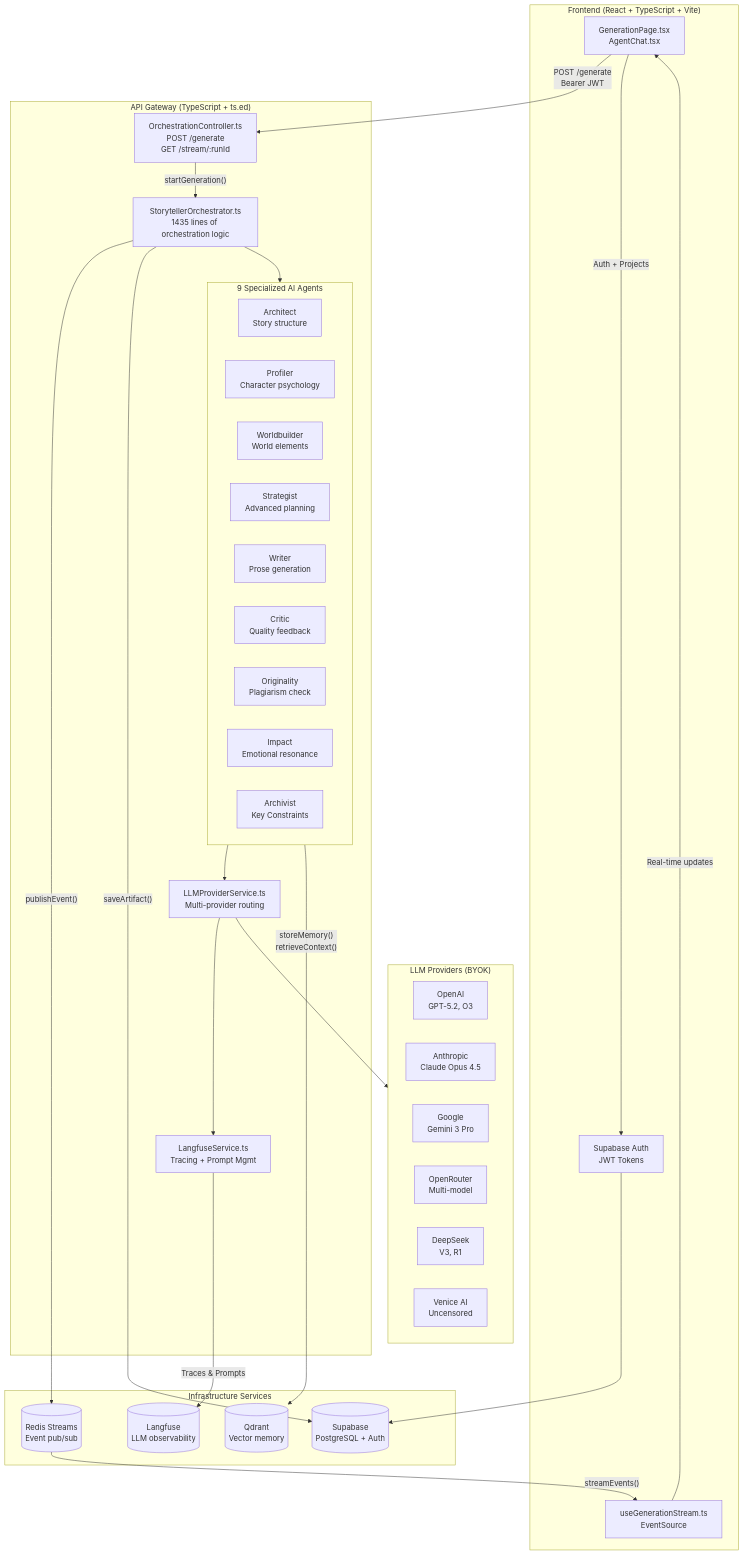
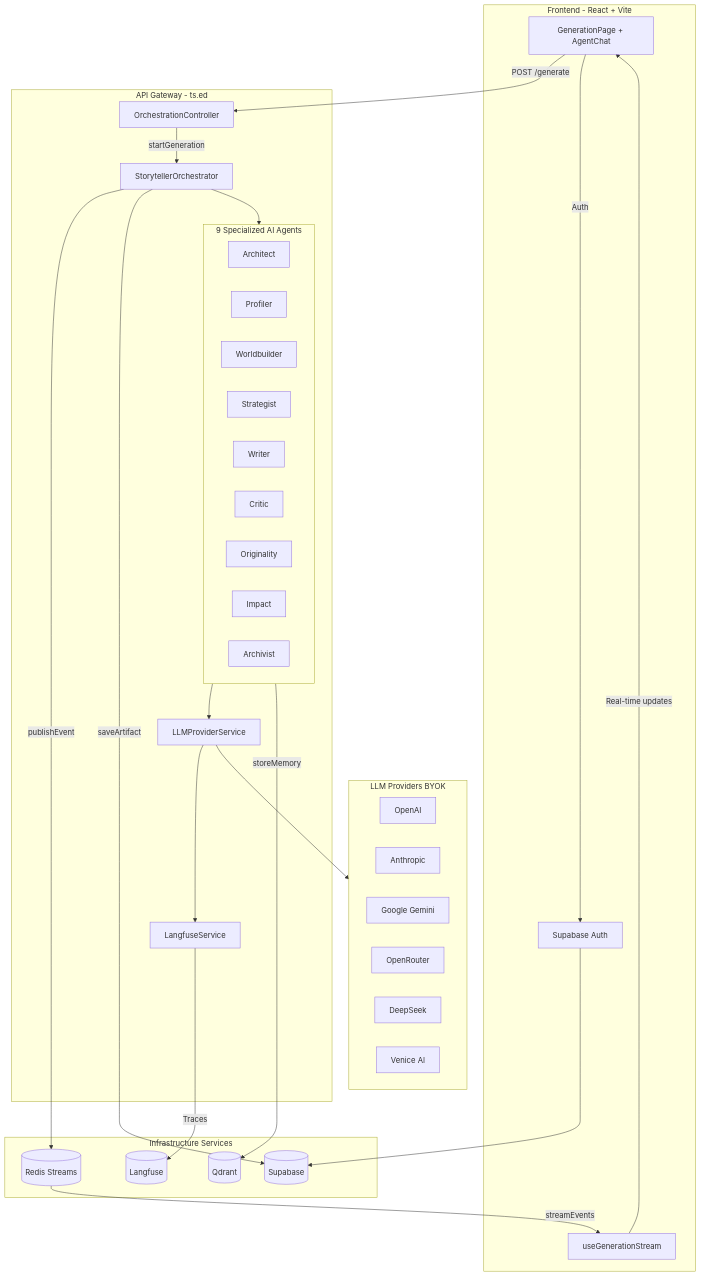
One commit to IShalkin/manoe changed the first of 9 diagrams in README.md. Above: the diagram before and after it, drawn with Mermaid. The commit also changed other lines of this file, not shown here.

First line of the commit message:
fix: Remove HTML br tags from Mermaid diagrams for GitHub compatibility

````diff
--- a/README.md
+++ b/README.md
@@ -16,61 +16,61 @@
 ```mermaid
 flowchart TB
-    subgraph Client["Frontend (React + TypeScript + Vite)"]
-        UI["GenerationPage.tsx<br/>AgentChat.tsx"]
-        SSE["useGenerationStream.ts<br/>EventSource"]
-        Supabase_Auth["Supabase Auth<br/>JWT Tokens"]
+    subgraph Client["Frontend - React + Vite"]
+        UI["GenerationPage + AgentChat"]
+        SSE["useGenerationStream"]
+        Supabase_Auth["Supabase Auth"]
     end
 
-    subgraph Gateway["API Gateway (TypeScript + ts.ed)"]
-        API["OrchestrationController.ts<br/>POST /generate<br/>GET /stream/:runId"]
-        Orchestrator["StorytellerOrchestrator.ts<br/>1435 lines of orchestration logic"]
+    subgraph Gateway["API Gateway - ts.ed"]
+        API["OrchestrationController"]
+        Orchestrator["StorytellerOrchestrator"]
         
         subgraph Agents["9 Specialized AI Agents"]
-            Architect["Architect<br/>Story structure"]
-            Profiler["Profiler<br/>Character psychology"]
-            Worldbuilder["Worldbuilder<br/>World elements"]
-            Strategist["Strategist<br/>Advanced planning"]
-            Writer["Writer<br/>Prose generation"]
-            Critic["Critic<br/>Quality feedback"]
-            Originality["Originality<br/>Plagiarism check"]
-            Impact["Impact<br/>Emotional resonance"]
-            Archivist["Archivist<br/>Key Constraints"]
+            Architect["Architect"]
+            Profiler["Profiler"]
+            Worldbuilder["Worldbuilder"]
+            Strategist["Strategist"]
+            Writer["Writer"]
+            Critic["Critic"]
+            Originality["Originality"]
+            Impact["Impact"]
+            Archivist["Archivist"]
         end
         
-        LLMService["LLMProviderService.ts<br/>Multi-provider routing"]
-        LangfuseService["LangfuseService.ts<br/>Tracing + Prompt Mgmt"]
+        LLMService["LLMProviderService"]
+        LangfuseService["LangfuseService"]
     end
 
     subgraph Infrastructure["Infrastructure Services"]
-        Redis[("Redis Streams<br/>Event pub/sub")]
-        Supabase[("Supabase<br/>PostgreSQL + Auth")]
-        Qdrant[("Qdrant<br/>Vector memory")]
-        Langfuse[("Langfuse<br/>LLM observability")]
+        Redis[("Redis Streams")]
+        Supabase[("Supabase")]
+        Qdrant[("Qdrant")]
+        Langfuse[("Langfuse")]
     end
 
-    subgraph LLMProviders["LLM Providers (BYOK)"]
-        OpenAI["OpenAI<br/>GPT-5.2, O3"]
-        Anthropic["Anthropic<br/>Claude Opus 4.5"]
-        Gemini["Google<br/>Gemini 3 Pro"]
-        OpenRouter["OpenRouter<br/>Multi-model"]
-        DeepSeek["DeepSeek<br/>V3, R1"]
-        Venice["Venice AI<br/>Uncensored"]
+    subgraph LLMProviders["LLM Providers BYOK"]
+        OpenAI["OpenAI"]
+        Anthropic["Anthropic"]
+        Gemini["Google Gemini"]
+        OpenRouter["OpenRouter"]
+        DeepSeek["DeepSeek"]
+        Venice["Venice AI"]
     end
 
-    UI -->|"POST /generate<br/>Bearer JWT"| API
-    API -->|"startGeneration()"| Orchestrator
+    UI -->|POST /generate| API
+    API -->|startGeneration| Orchestrator
     Orchestrator --> Agents
     Agents --> LLMService
     LLMService --> LLMProviders
     LLMService --> LangfuseService
-    LangfuseService -->|"Traces & Prompts"| Langfuse
+    LangfuseService -->|Traces| Langfuse
     
-    Orchestrator -->|"publishEvent()"| Redis
-    Redis -->|"streamEvents()"| SSE
-    SSE -->|"Real-time updates"| UI
+    Orchestrator -->|publishEvent| Redis
+    Redis -->|streamEvents| SSE
+    SSE -->|Real-time updates| UI
     
-    Orchestrator -->|"saveArtifact()"| Supabase
-    Agents -->|"storeMemory()<br/>retrieveContext()"| Qdrant
-    UI -->|"Auth + Projects"| Supabase_Auth
+    Orchestrator -->|saveArtifact| Supabase
+    Agents -->|storeMemory| Qdrant
+    UI -->|Auth| Supabase_Auth
     Supabase_Auth --> Supabase
 ```
````
